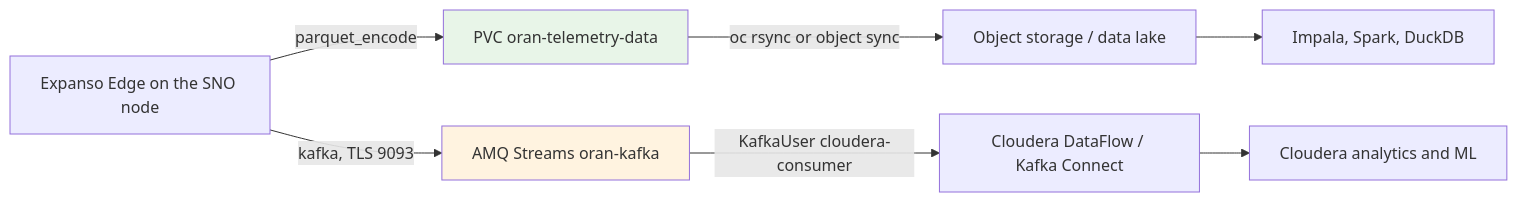
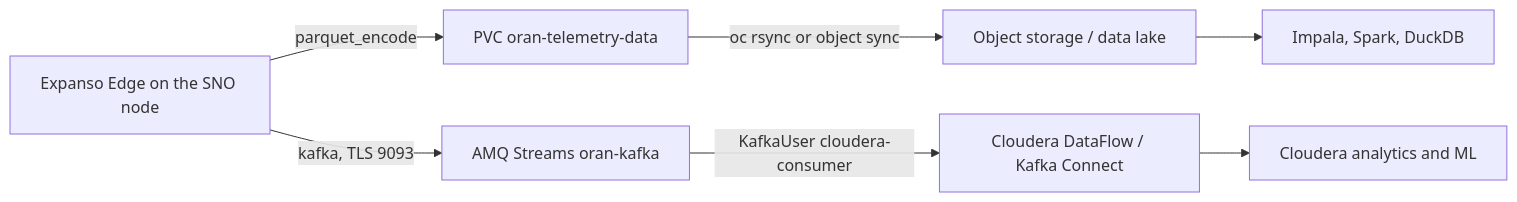
Before and after one commit to expanso-io/examples.expanso.io: the diagram in docs/integrations/oran-telco-pipeline/step-5-parquet-and-cloudera.mdx, drawn with Mermaid. The commit also changed 2 other files, not shown here.

Commit message:
no-mistakes(ci): Fixed Mermaid dark-mode label contrast, removed hard-coded node fills, and quoted Step 3 path labels to fix diagram parsing. Reproduced all four failures; all four now pass against the production build. Build, SEO/navigation checks, and git diff --check passed. Test server stopped. No push or pipeline actions performed

````diff
--- a/docs/integrations/oran-telco-pipeline/step-5-parquet-and-cloudera.mdx
+++ b/docs/integrations/oran-telco-pipeline/step-5-parquet-and-cloudera.mdx
@@ -43,12 +43,9 @@
 ```mermaid
 graph LR
     A[Expanso Edge on the SNO node] -->|parquet_encode| B[PVC oran-telemetry-data]
     A -->|kafka, TLS 9093| C[AMQ Streams oran-kafka]
     B -->|oc rsync or object sync| D[Object storage / data lake]
     C -->|KafkaUser cloudera-consumer| E[Cloudera DataFlow / Kafka Connect]
     D --> F[Impala, Spark, DuckDB]
     E --> G[Cloudera analytics and ML]
-
-    style B fill:#e8f5e8
-    style C fill:#fff3e0
 ```
````
